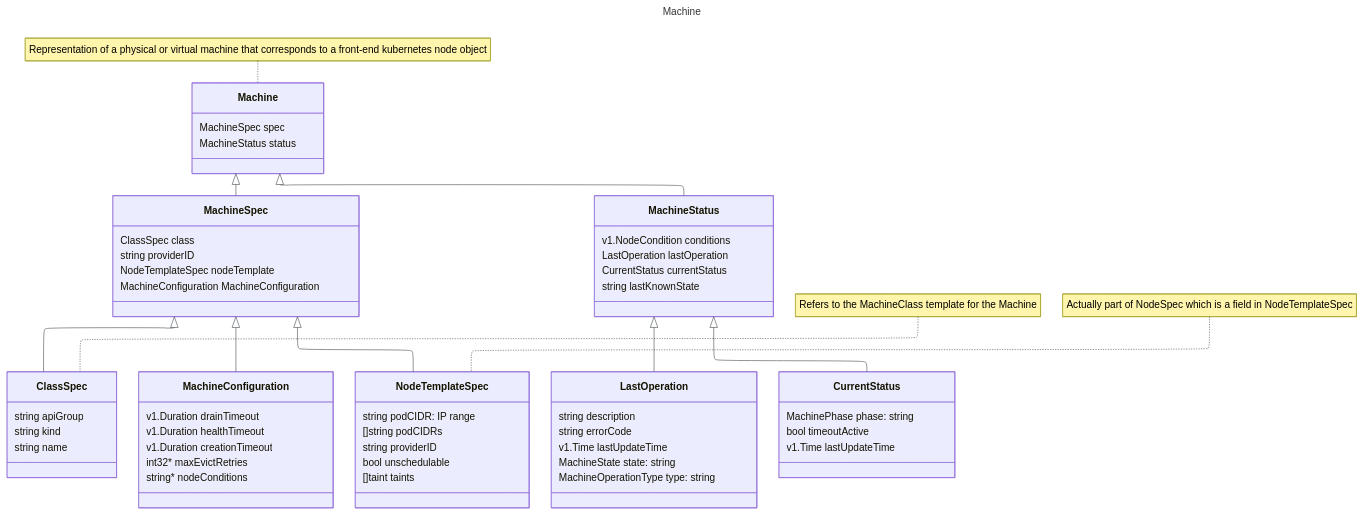
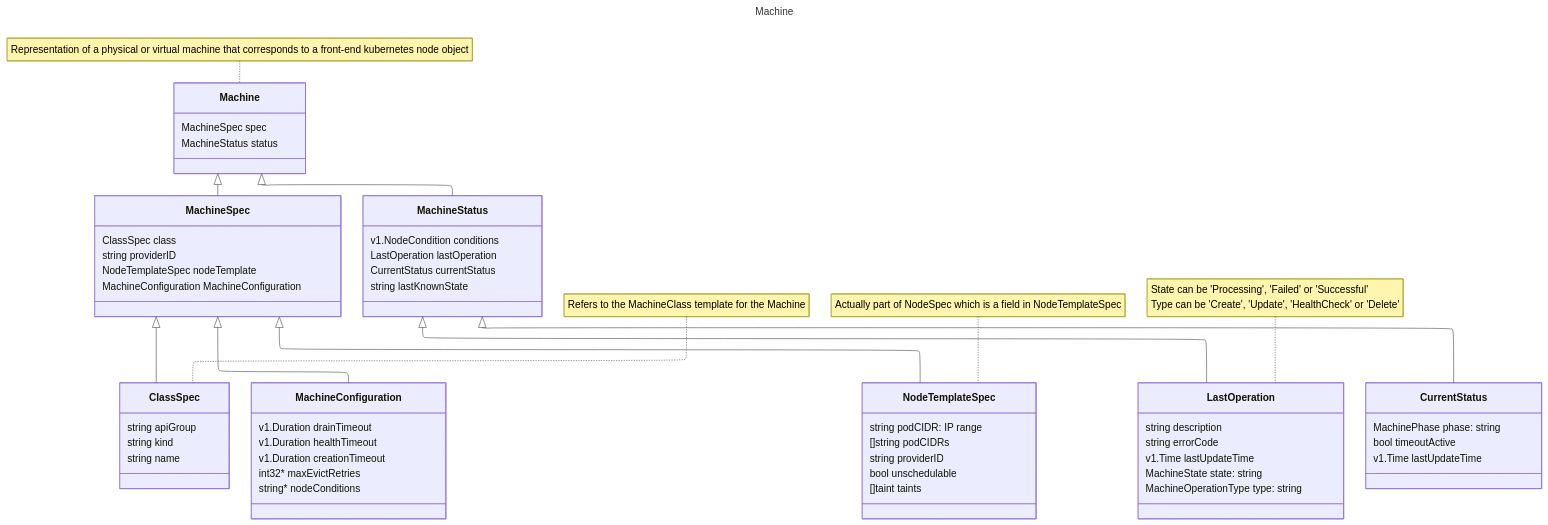
Before and after one commit to brongulus/brongulus.github.io: the first of 5 diagrams in content/notes/20241129T160749--mcm__k8s_sap_work.md, drawn with Mermaid. The commit also changed other lines of this file and 7 other files, not shown here.

```diff
--- a/content/notes/20241129T160749--mcm__k8s_sap_work.md
+++ b/content/notes/20241129T160749--mcm__k8s_sap_work.md
@@ -95,6 +95,8 @@
    MachineOperationType type: string
    }
 
+   note for LastOperation "State can be 'Processing', 'Failed' or 'Successful'<br>Type can be 'Create', 'Update', 'HealthCheck' or 'Delete'"
+
    class CurrentStatus{
    MachinePhase phase: string
    bool timeoutActive
```
